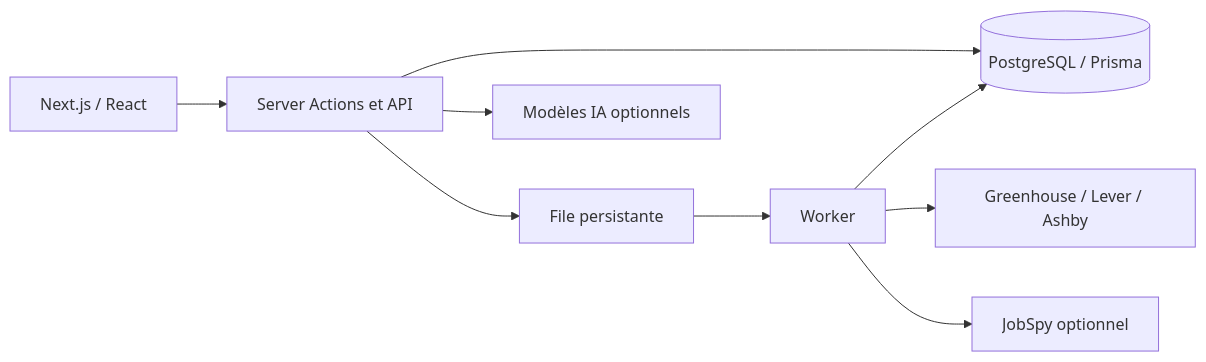
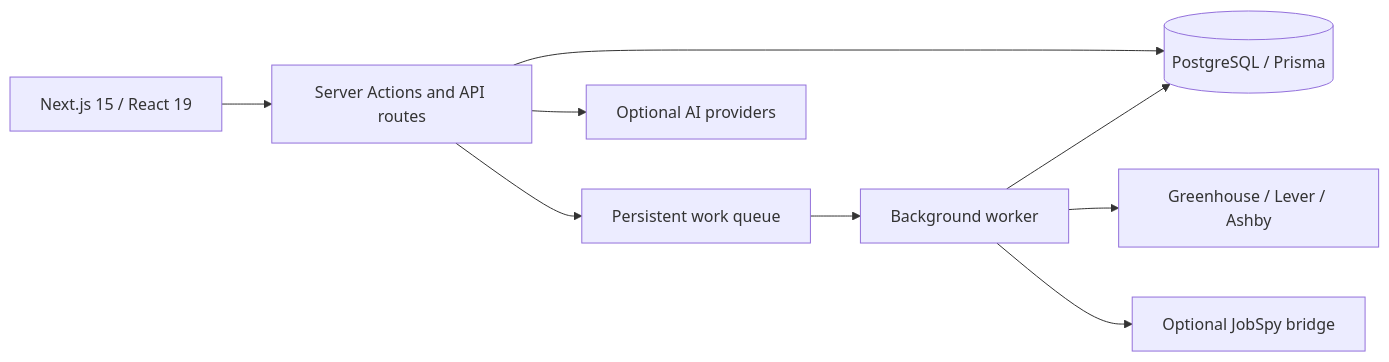
The diagram in README.md (yangx219/jobmatchpilot), drawn with Mermaid before and after one commit. The commit also changed other lines of this file and 5 other files, not shown here.

````diff
--- a/README.md
+++ b/README.md
@@ -37,11 +83,11 @@
 ```mermaid
 flowchart LR
-  UI[Next.js / React] --> API[Server Actions et API]
-  API --> DB[(PostgreSQL / Prisma)]
-  API --> Q[File persistante]
-  Q --> W[Worker]
+  UI[Next.js 15 / React 19] --> SA[Server Actions and API routes]
+  SA --> DB[(PostgreSQL / Prisma)]
+  SA --> Q[Persistent work queue]
+  Q --> W[Background worker]
   W --> ATS[Greenhouse / Lever / Ashby]
-  W --> JS[JobSpy optionnel]
+  W --> JS[Optional JobSpy bridge]
   W --> DB
-  API --> AI[Modèles IA optionnels]
+  SA --> AI[Optional AI providers]
 ```
````
